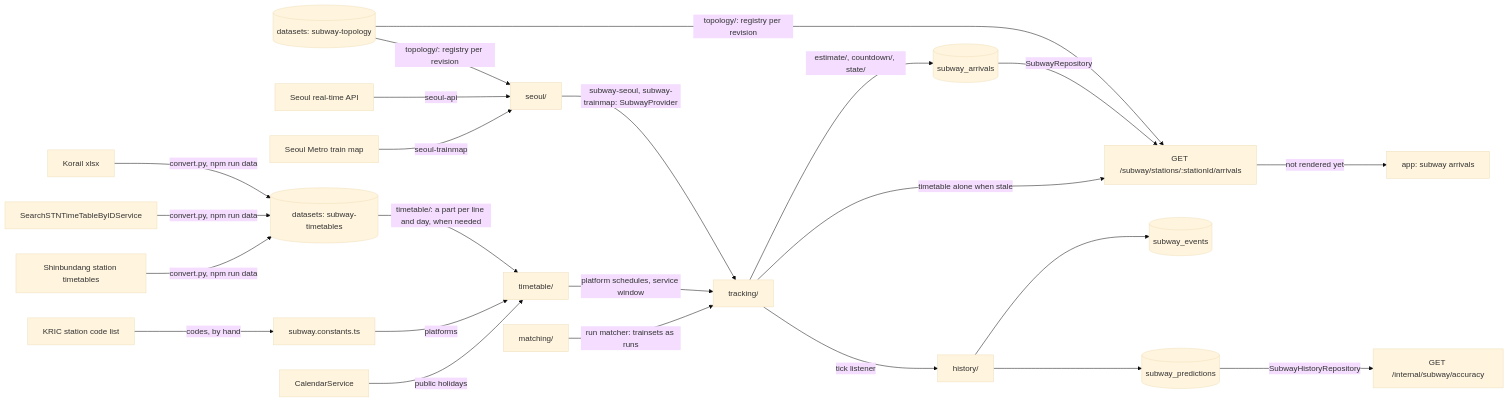
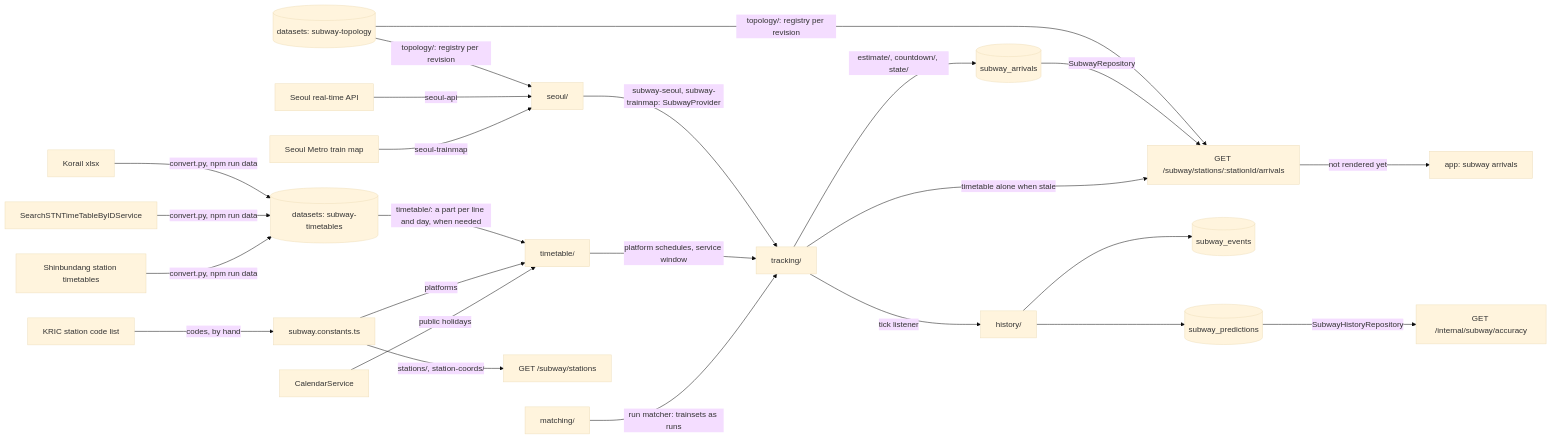
Before and after one commit to skkuverse/skkuverse-server: the diagram in docs/explanation/subway-architecture.md, drawn with Mermaid (base theme). The commit also changed other lines of this file and 14 other files, not shown here.

Commit message:
feat(subway): list every served station with its coords at GET /subway/stations

````diff
--- a/docs/explanation/subway-architecture.md
+++ b/docs/explanation/subway-architecture.md
@@ -102,25 +102,25 @@
 ```mermaid
 flowchart LR
   kric["KRIC station code list"] -->|codes, by hand| network["subway.constants.ts"]
   xlsx["Korail xlsx"] -->|"convert.py, npm run data"| tt[("datasets: subway-timetables")]
   seoultt["SearchSTNTimeTableByIDService"] -->|"convert.py, npm run data"| tt
   sbl["Shinbundang station timetables"] -->|"convert.py, npm run data"| tt
   tt -->|"timetable/: a part per line and day, when needed"| timetable["timetable/"]
   network -->|platforms| timetable
-  topologyds[("datasets: subway-topology")] -->|"topology/: registry per revision"| seoul
-  topologyds -->|"topology/: registry per revision"| route
+  topologyds[("datasets: subway-topology")] -->|"topology/: registry per revision"| seoul & route
   holidays["CalendarService"] -->|public holidays| timetable
   seoulapi["Seoul real-time API"] -->|seoul-api| seoul["seoul/"]
   trainmap["Seoul Metro train map"] -->|seoul-trainmap| seoul
   seoul -->|"subway-seoul, subway-trainmap: SubwayProvider"| tracking["tracking/"]
   timetable -->|platform schedules, service window| tracking
   matching["matching/"] -->|"run matcher: trainsets as runs"| tracking
   tracking -->|"estimate/, countdown/, state/"| coll[("subway_arrivals")]
   coll -->|SubwayRepository| route["GET /subway/stations/:stationId/arrivals"]
+  network -->|"stations/, station-coords/"| stationlist["GET /subway/stations"]
   tracking -->|timetable alone when stale| route
   route -->|not rendered yet| screen["app: subway arrivals"]
   tracking -->|tick listener| history["history/"]
   history --> events[("subway_events")]
   history --> predictions[("subway_predictions")]
   predictions -->|SubwayHistoryRepository| report["GET /internal/subway/accuracy"]
 ```
````
